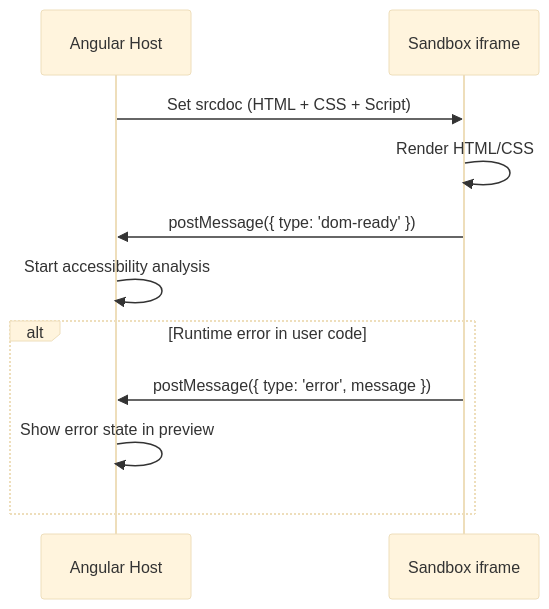
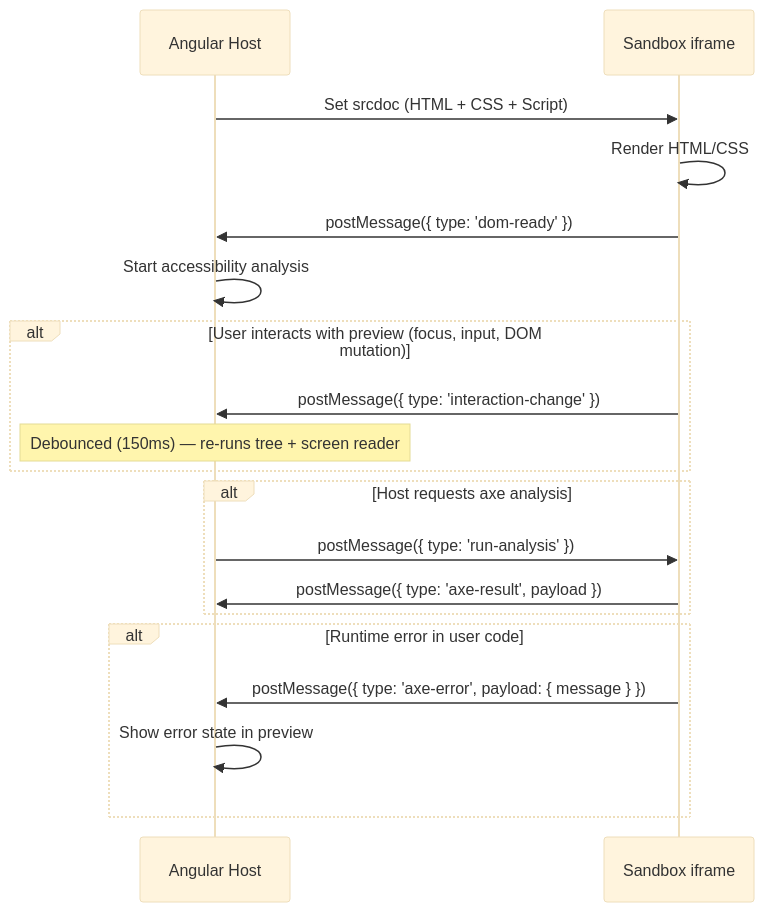
The third of 7 diagrams in docs/data-flow.md (d-koppenhagen/practica11y), drawn with Mermaid (base theme) before and after one commit. The commit also changed other lines of this file and 2 other files, not shown here.

First line of the commit message:
docs: enhance architecture documentation and add github-auth-proxy reference

````diff
--- a/docs/data-flow.md
+++ b/docs/data-flow.md
@@ -94,15 +94,25 @@
 ```mermaid
 sequenceDiagram
     participant Host as Angular Host
     participant Iframe as Sandbox iframe
 
     Host->>Iframe: Set srcdoc (HTML + CSS + Script)
     Iframe->>Iframe: Render HTML/CSS
     Iframe->>Host: postMessage({ type: 'dom-ready' })
     Host->>Host: Start accessibility analysis
 
+    alt User interacts with preview (focus, input, DOM mutation)
+        Iframe->>Host: postMessage({ type: 'interaction-change' })
+        Note over Host: Debounced (150ms) — re-runs tree + screen reader
+    end
+
+    alt Host requests axe analysis
+        Host->>Iframe: postMessage({ type: 'run-analysis' })
+        Iframe->>Host: postMessage({ type: 'axe-result', payload })
+    end
+
     alt Runtime error in user code
-        Iframe->>Host: postMessage({ type: 'error', message })
+        Iframe->>Host: postMessage({ type: 'axe-error', payload: { message } })
         Host->>Host: Show error state in preview
     end
 ```
````
